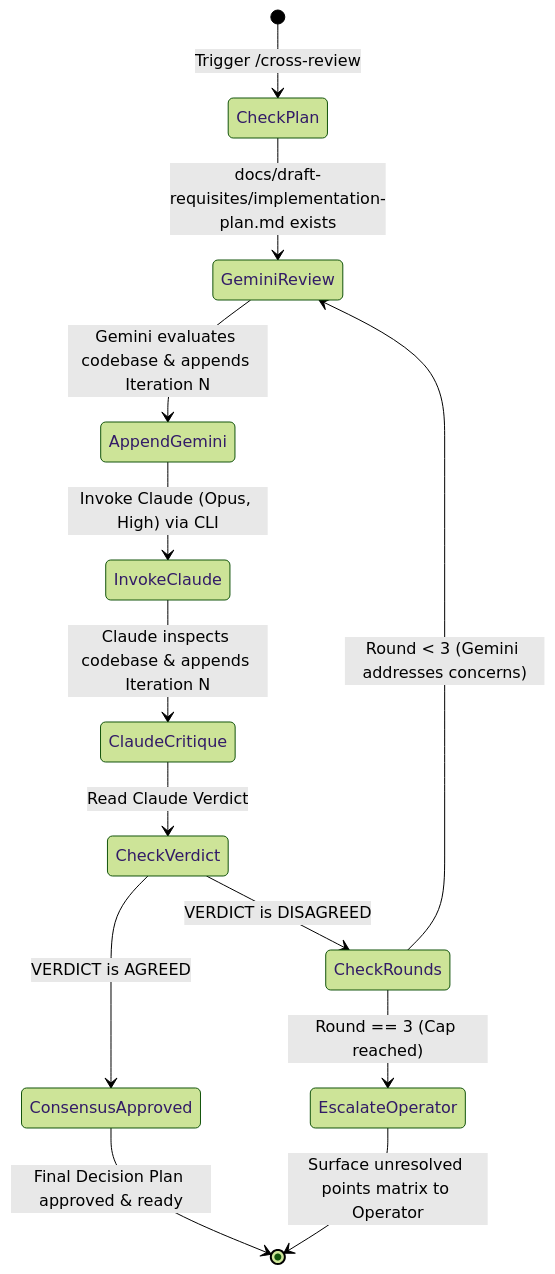
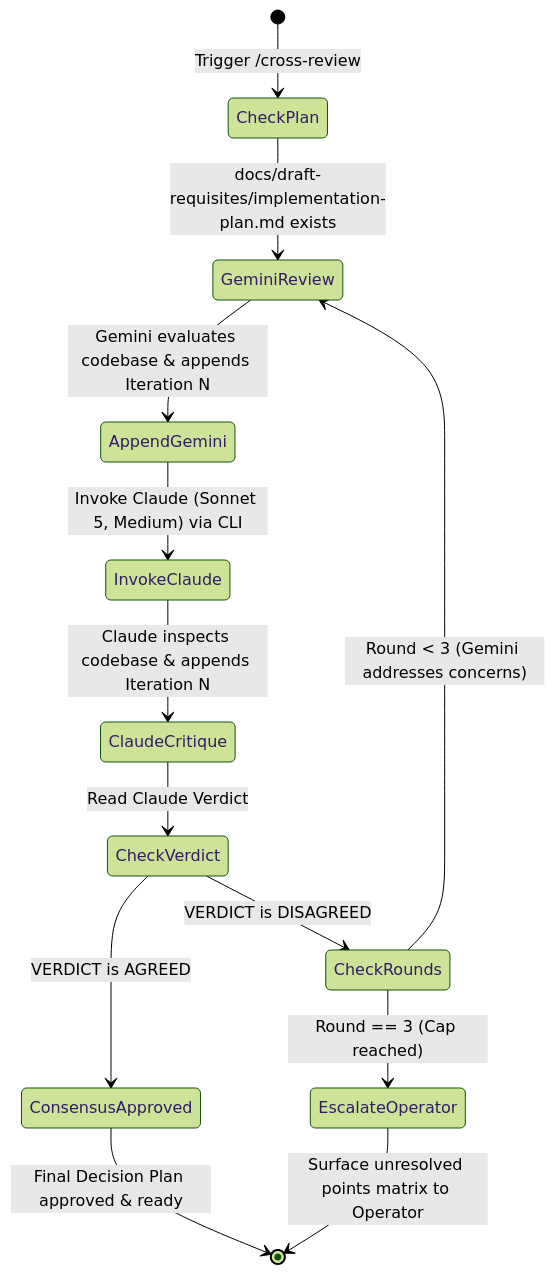
The diagram in .agents/skills/claude-architect-review/SKILL.md (AntaresAndBharani/graph-engineering), drawn with Mermaid (forest theme) before and after one commit. The commit also changed other lines of this file and 3 other files, not shown here.

Commit message:
fix(skills): optimize claude cross-review with medium effort and session persistence

````diff
--- a/.agents/skills/claude-architect-review/SKILL.md
+++ b/.agents/skills/claude-architect-review/SKILL.md
@@ -27,17 +27,17 @@
 ```mermaid
 stateDiagram-v2
     [*] --> CheckPlan: Trigger /cross-review
     CheckPlan --> GeminiReview: docs/draft-requisites/implementation-plan.md exists
     GeminiReview --> AppendGemini: Gemini evaluates codebase & appends Iteration N
-    AppendGemini --> InvokeClaude: Invoke Claude (Opus, High) via CLI
+    AppendGemini --> InvokeClaude: Invoke Claude (Sonnet 5, Medium) via CLI
     InvokeClaude --> ClaudeCritique: Claude inspects codebase & appends Iteration N
     ClaudeCritique --> CheckVerdict: Read Claude Verdict
     
     CheckVerdict --> ConsensusApproved: VERDICT is AGREED
     ConsensusApproved --> [*]: Final Decision Plan approved & ready
     
     CheckVerdict --> CheckRounds: VERDICT is DISAGREED
     CheckRounds --> GeminiReview: Round < 3 (Gemini addresses concerns)
     CheckRounds --> EscalateOperator: Round == 3 (Cap reached)
     EscalateOperator --> [*]: Surface unresolved points matrix to Operator
 ```
````
